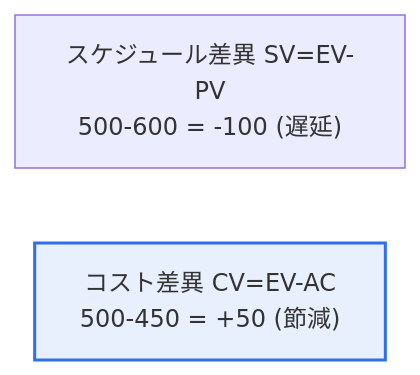
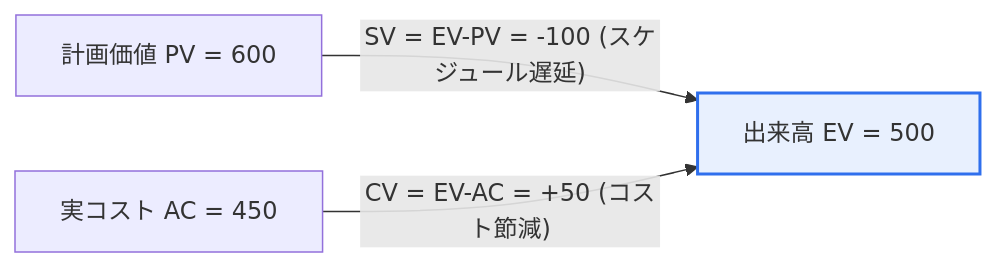
One commit to coninggu/wjdqhrhksflrltnftk changed the second of 2 diagrams in content/ja/earned-value-management.md. Above: the diagram before and after it, drawn with Mermaid. The commit also changed other lines of this file and 37 other files, not shown here.

````diff
--- a/content/ja/earned-value-management.md
+++ b/content/ja/earned-value-management.md
@@ -21,6 +83,9 @@
 ```mermaid
 flowchart LR
-  SV["スケジュール差異 SV=EV-PV<br/>500-600 = -100 (遅延)"] 
-  CV["コスト差異 CV=EV-AC<br/>500-450 = +50 (節減)"]
-  style CV fill:#e8f0fe,stroke:#2f6fed,stroke-width:2px
+  PV["計画価値 PV = 600"]
+  EV["出来高 EV = 500"]
+  AC["実コスト AC = 450"]
+  PV -- "SV = EV-PV = -100 (スケジュール遅延)" --> EV
+  AC -- "CV = EV-AC = +50 (コスト節減)" --> EV
+  style EV fill:#e8f0fe,stroke:#2f6fed,stroke-width:2px
 ```
````
